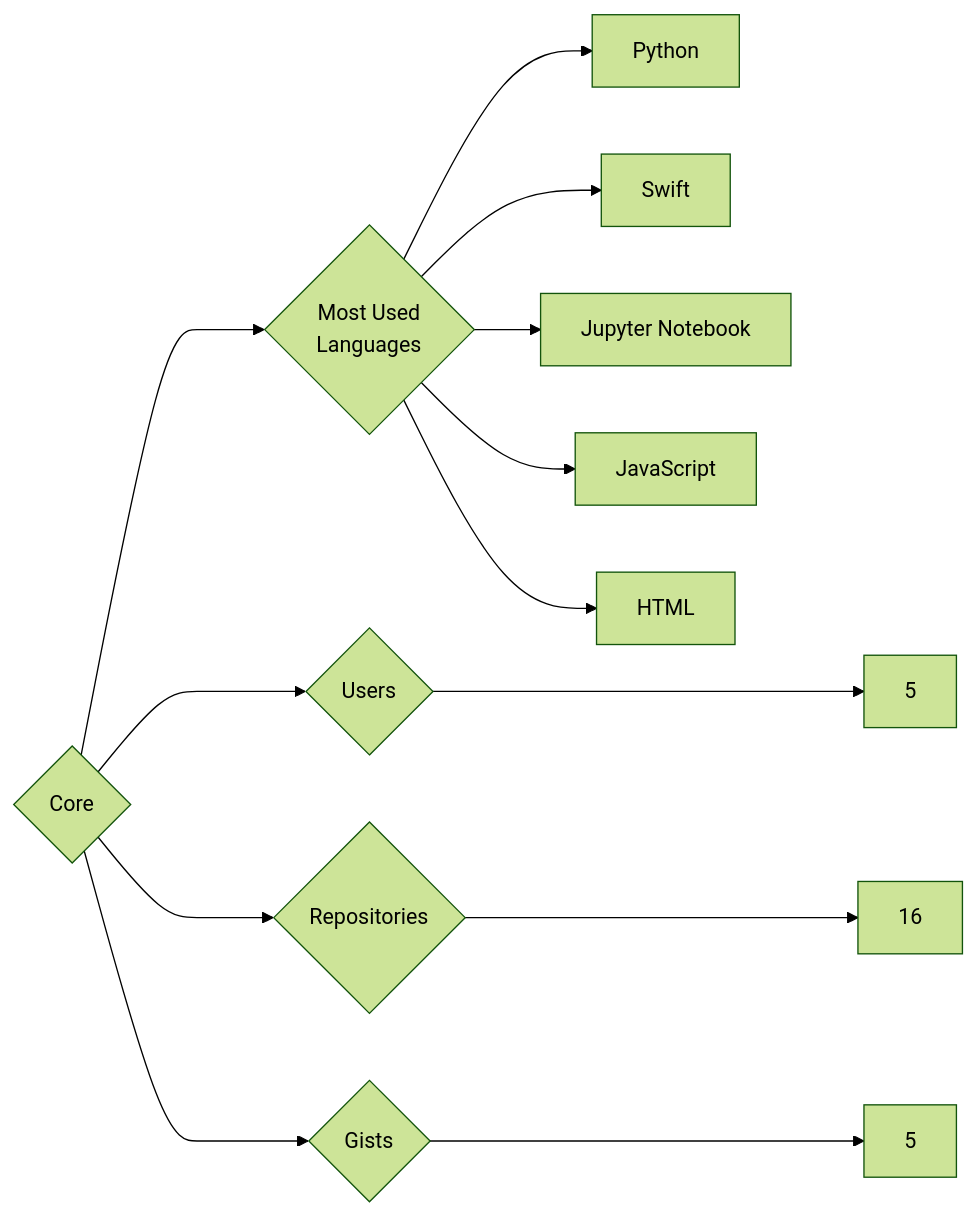
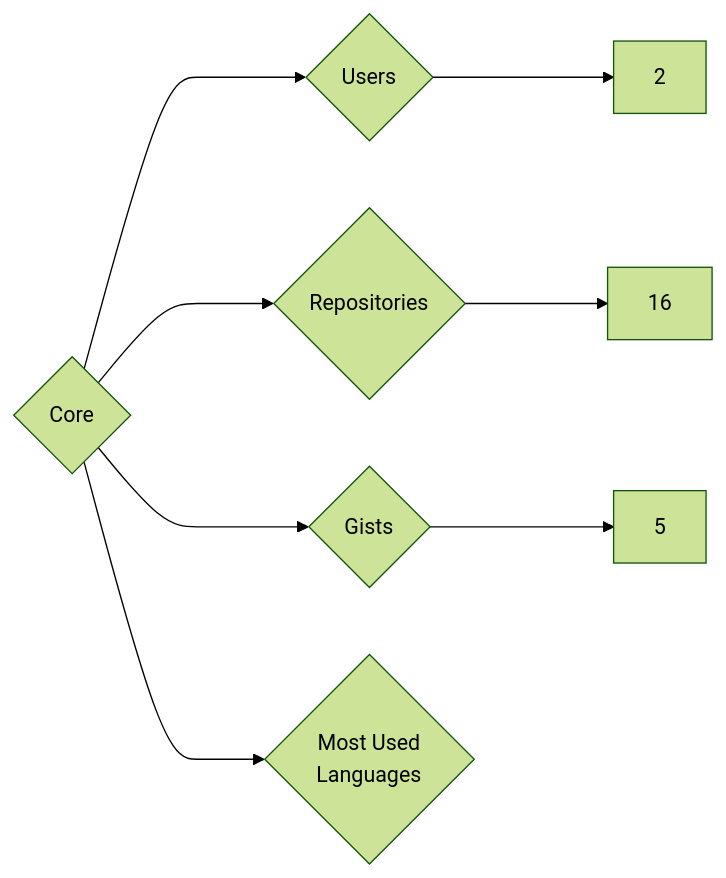
The diagram in targets/Core/README.md (trickest/insiders), drawn with Mermaid (forest theme) before and after one commit. The commit also changed 1089 other files, not shown here.

````diff
--- a/targets/Core/README.md
+++ b/targets/Core/README.md
@@ -3,13 +3,8 @@
 ```mermaid
 graph LR
 COMPANY_NAME{Core}
-COMPANY_NAME ---> U{Users} ---> UN[5]
+COMPANY_NAME ---> U{Users} ---> UN[2]
 COMPANY_NAME ---> R{Repositories} ---> RN[16]
 COMPANY_NAME ---> G{Gists} ---> GN[5]
 COMPANY_NAME ---> ML{Most Used<br>Languages}
-ML --> Python[Python]
-ML --> Swift[Swift]
-ML --> Jupyter_Notebook[Jupyter Notebook]
-ML --> JavaScript[JavaScript]
-ML --> HTML[HTML]
 ```
````
